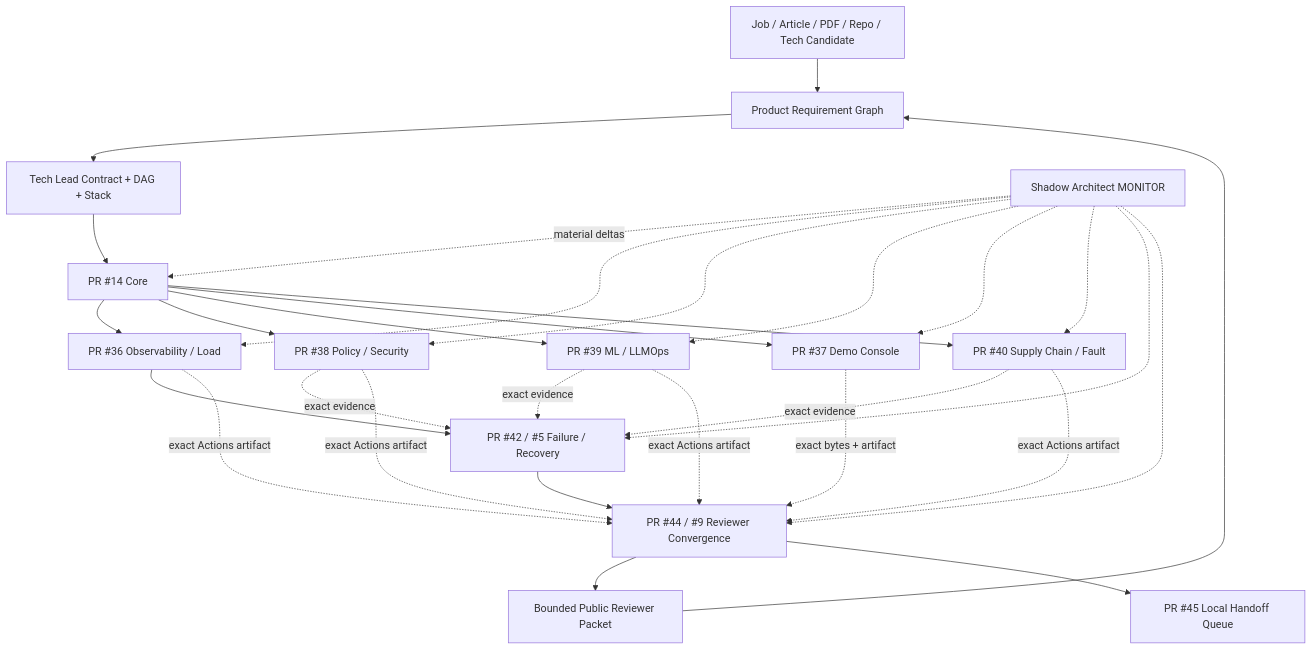
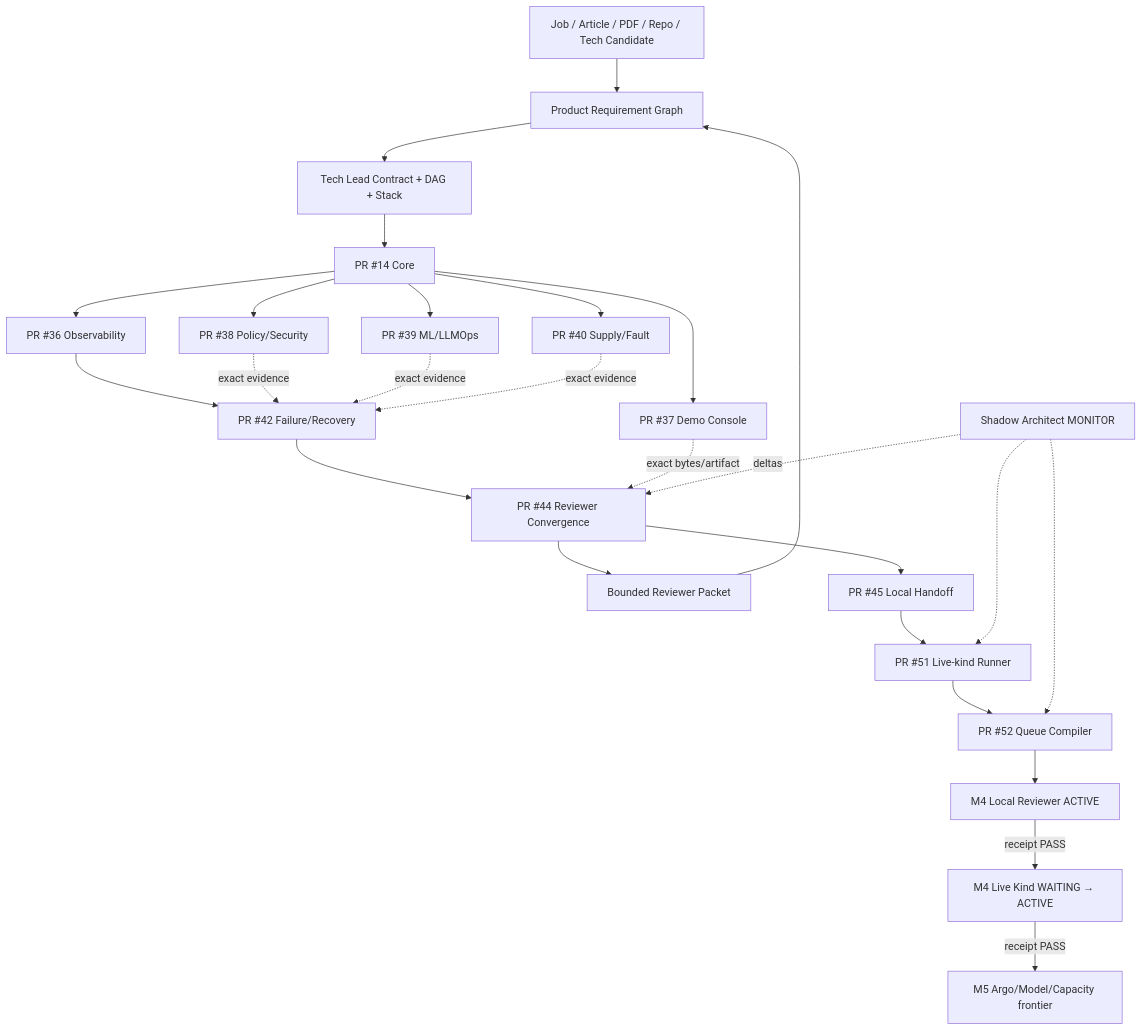
The diagram in README.md (ed3c/DevOps-Manager-Notes), drawn with Mermaid before and after one commit. The commit also changed other lines of this file, not shown here.

Commit message:
docs: advance public state machine and stack to M5

````diff
--- a/README.md
+++ b/README.md
@@ -209,32 +234,28 @@
 ```mermaid
 flowchart TD
     S[Job / Article / PDF / Repo / Tech Candidate] --> P[Product Requirement Graph]
     P --> TL[Tech Lead Contract + DAG + Stack]
     TL --> K2[PR #14 Core]
-    K2 --> O[PR #36 Observability / Load]
-    K2 --> SEC[PR #38 Policy / Security]
-    K2 --> ML[PR #39 ML / LLMOps]
+    K2 --> O[PR #36 Observability]
+    K2 --> SEC[PR #38 Policy/Security]
+    K2 --> ML[PR #39 ML/LLMOps]
     K2 --> UI[PR #37 Demo Console]
-    K2 --> SUP[PR #40 Supply Chain / Fault]
-    O --> X5[PR #42 / #5 Failure / Recovery]
+    K2 --> SUP[PR #40 Supply/Fault]
+    O --> X5[PR #42 Failure/Recovery]
     SEC -. exact evidence .-> X5
     ML -. exact evidence .-> X5
     SUP -. exact evidence .-> X5
-    X5 --> X9[PR #44 / #9 Reviewer Convergence]
-    UI -. exact bytes + artifact .-> X9
-    O -. exact Actions artifact .-> X9
-    SEC -. exact Actions artifact .-> X9
-    ML -. exact Actions artifact .-> X9
-    SUP -. exact Actions artifact .-> X9
-    X9 --> EV[Bounded Public Reviewer Packet]
-    EV --> P
-    X9 --> LH[PR #45 Local Handoff Queue]
-    SH[Shadow Architect MONITOR] -. material deltas .-> K2
-    SH -.-> O
-    SH -.-> SEC
-    SH -.-> ML
-    SH -.-> UI
-    SH -.-> SUP
-    SH -.-> X5
-    SH -.-> X9
+    X5 --> X9[PR #44 Reviewer Convergence]
+    UI -. exact bytes/artifact .-> X9
+    X9 --> RP[Bounded Reviewer Packet]
+    RP --> P
+    X9 --> D9[PR #45 Local Handoff]
+    D9 --> K5[PR #51 Live-kind Runner]
+    K5 --> D5[PR #52 Queue Compiler]
+    D5 --> LR[M4 Local Reviewer ACTIVE]
+    LR -->|receipt PASS| LK[M4 Live Kind WAITING → ACTIVE]
+    LK -->|receipt PASS| ADV[M5 Argo/Model/Capacity frontier]
+    SH[Shadow Architect MONITOR] -. deltas .-> X9
+    SH -.-> K5
+    SH -.-> D5
 ```
````
